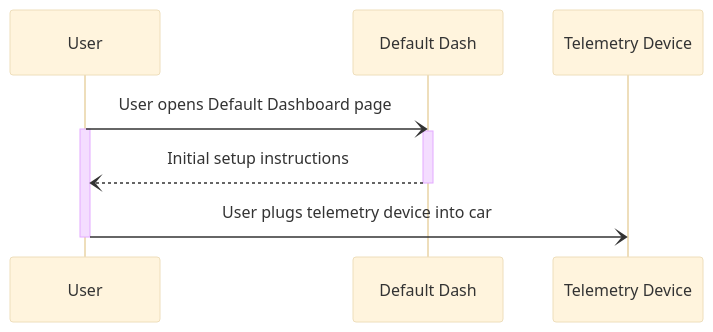
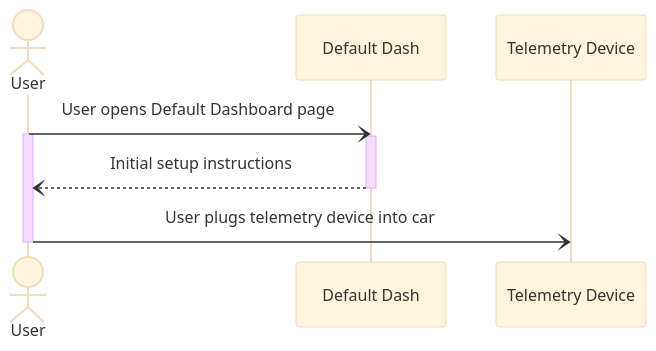
The first of 3 diagrams in documentation/docs/system-architecture/Sequence Diagrams.md (capstone-projects-2024-fall/project-racecar-telemetry), drawn with Mermaid (base theme) before and after one commit. The commit also changed other lines of this file, not shown here.

````diff
--- a/documentation/docs/system-architecture/Sequence Diagrams.md
+++ b/documentation/docs/system-architecture/Sequence Diagrams.md
@@ -8,14 +8,14 @@
 ```mermaid
 sequenceDiagram
-participant User
+actor User
 participant Default Dash
 
 User -) Default Dash: User opens Default Dashboard page
 activate User
 activate Default Dash
 Default Dash --) User: Initial setup instructions
 deactivate Default Dash
 User -) Telemetry Device: User plugs telemetry device into car
 deactivate User
 
 ```
````
